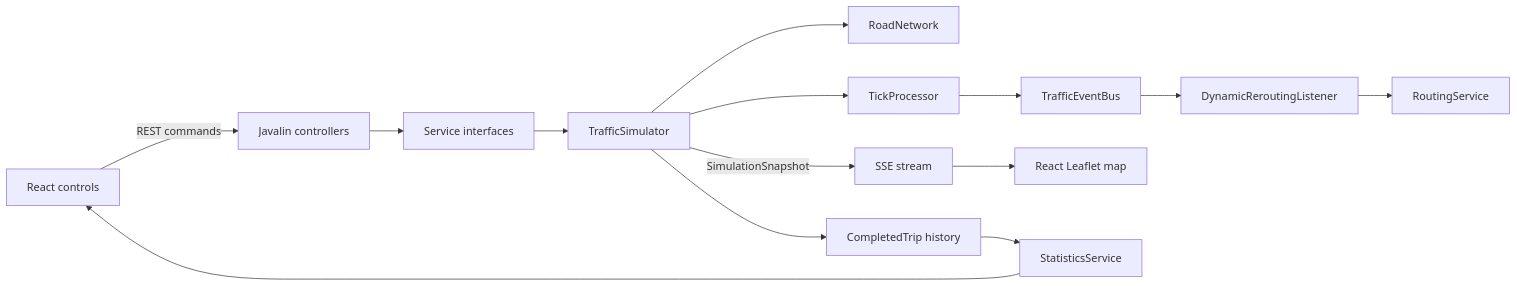
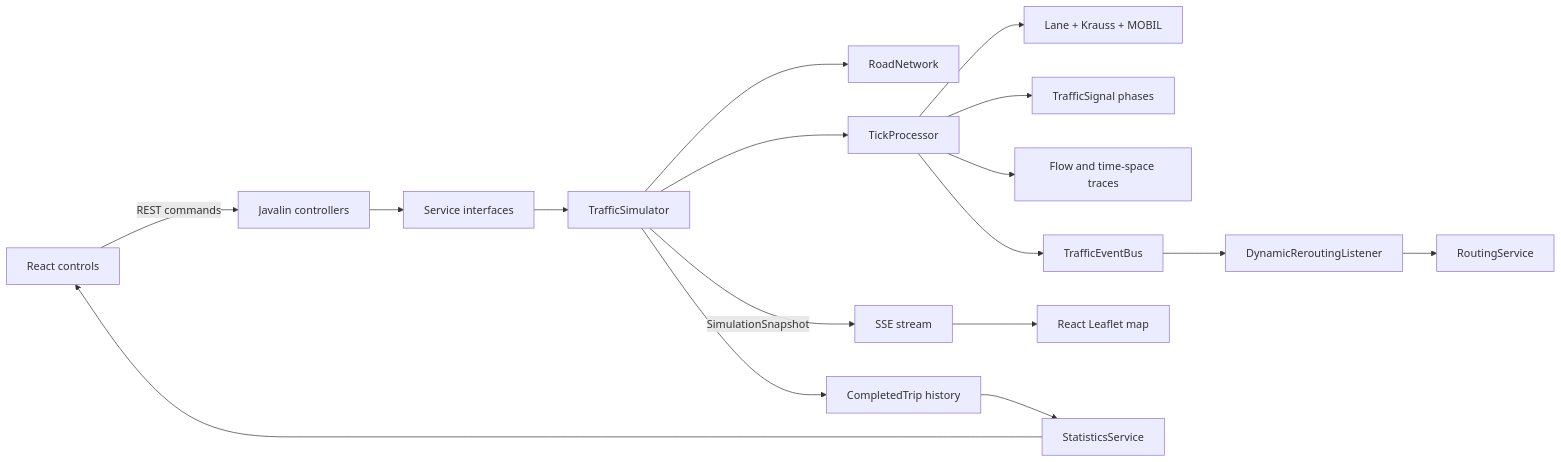
One commit to binhnguyenag07-ops/Traffic-Event-System changed the diagram in docs/ARCHITECTURE.md. Above: the diagram before and after it, drawn with Mermaid. The commit also changed other lines of this file and 8 other files, not shown here.

Commit message:
docs: document lane-aware traffic upgrades

````diff
--- a/docs/ARCHITECTURE.md
+++ b/docs/ARCHITECTURE.md
@@ -69,16 +82,19 @@
 ```mermaid
 flowchart LR
     UI[React controls] -->|REST commands| API[Javalin controllers]
     API --> Services[Service interfaces]
     Services --> Simulator[TrafficSimulator]
     Simulator --> Graph[RoadNetwork]
     Simulator --> Tick[TickProcessor]
+    Tick --> Dynamics[Lane + Krauss + MOBIL]
+    Tick --> Signals[TrafficSignal phases]
+    Tick --> Traces[Flow and time-space traces]
     Tick --> Bus[TrafficEventBus]
     Bus --> Reroute[DynamicReroutingListener]
     Reroute --> Routing[RoutingService]
     Simulator -->|SimulationSnapshot| SSE[SSE stream]
     SSE --> Map[React Leaflet map]
     Simulator --> Trips[CompletedTrip history]
     Trips --> Stats[StatisticsService]
     Stats --> UI
 ```
````
